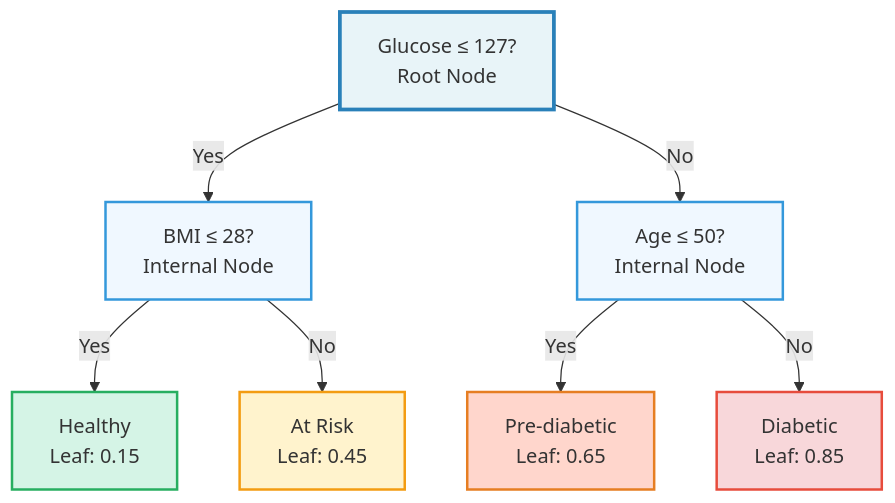
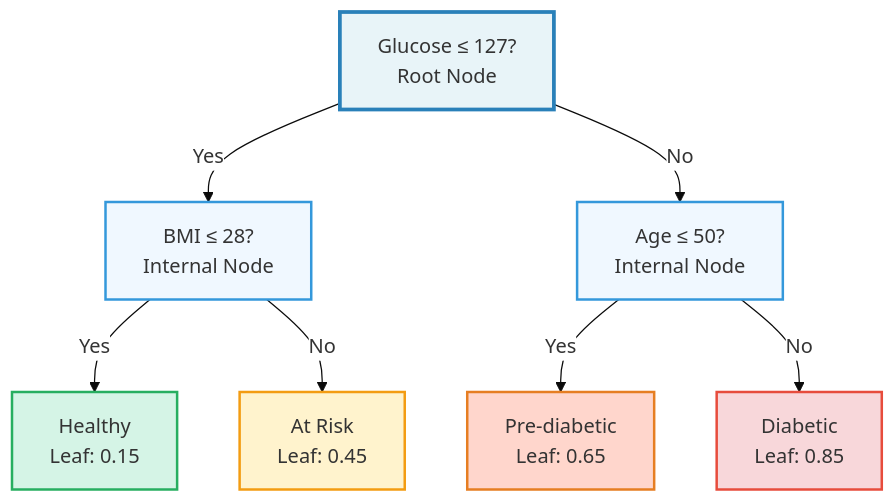
Before and after one commit to ctsilva/ctsilva.github.io: the fourth of 4 diagrams in 2025-VisML-CSE/slides/week5-white-box.qmd, drawn with Mermaid. The commit also changed other lines of this file and 1 other file, not shown here.

````diff
--- a/2025-VisML-CSE/slides/week5-white-box.qmd
+++ b/2025-VisML-CSE/slides/week5-white-box.qmd
@@ -741,18 +730,19 @@
 ```{mermaid}
+%%{init: {'theme':'base', 'themeVariables': { 'primaryColor':'#fff', 'primaryBorderColor':'#333'}}}%%
 graph TD
     A[Glucose ≤ 127?<br/>Root Node]
     A -->|Yes| B[BMI ≤ 28?<br/>Internal Node]
     A -->|No| C[Age ≤ 50?<br/>Internal Node]
     B -->|Yes| D[Healthy<br/>Leaf: 0.15]
     B -->|No| E[At Risk<br/>Leaf: 0.45]
     C -->|Yes| F[Pre-diabetic<br/>Leaf: 0.65]
     C -->|No| G[Diabetic<br/>Leaf: 0.85]
 
     style A fill:#e8f4f8,stroke:#2980b9,stroke-width:3px
     style B fill:#f0f8ff,stroke:#3498db,stroke-width:2px
     style C fill:#f0f8ff,stroke:#3498db,stroke-width:2px
     style D fill:#d5f4e6,stroke:#27ae60,stroke-width:2px
     style E fill:#fff3cd,stroke:#f39c12,stroke-width:2px
     style F fill:#ffd6cc,stroke:#e67e22,stroke-width:2px
     style G fill:#f8d7da,stroke:#e74c3c,stroke-width:2px
 ```
````
